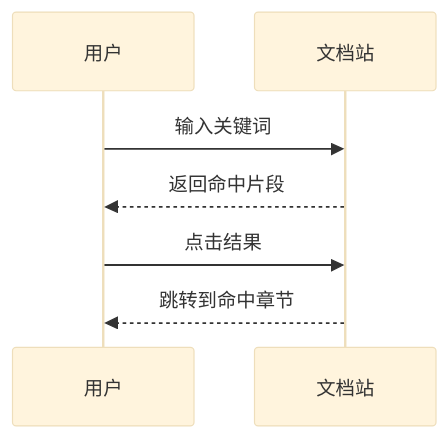
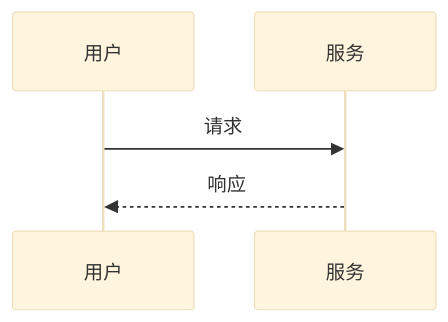
The second of 27 diagrams in docs/md/使用说明/绘图示例.md (wangfanstar/md2web), drawn with Mermaid (base theme) before and after one commit. The commit also changed other lines of this file and 9 other files, not shown here.

First line of the commit message:
feat: 绘图示例收录全部样例 + 管理员密码恢复参数

````diff
--- a/docs/md/使用说明/绘图示例.md
+++ b/docs/md/使用说明/绘图示例.md
@@ -31,9 +35,7 @@
 ```mermaid
 sequenceDiagram
   participant U as 用户
-  participant S as 文档站
-  U->>S: 输入关键词
-  S-->>U: 返回命中片段
-  U->>S: 点击结果
-  S-->>U: 跳转到命中章节
+  participant S as 服务
+  U->>S: 请求
+  S-->>U: 响应
 ```
````
